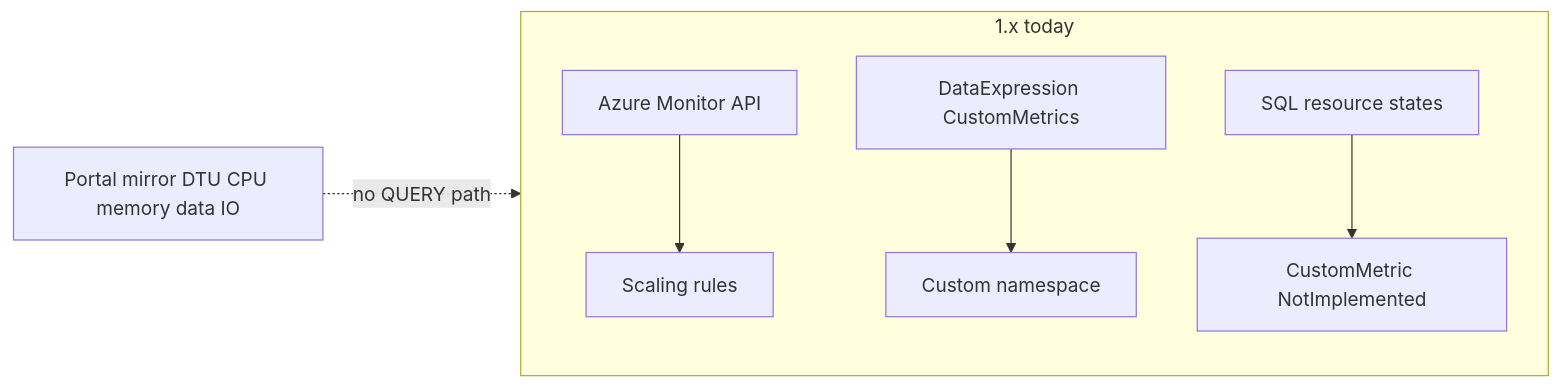
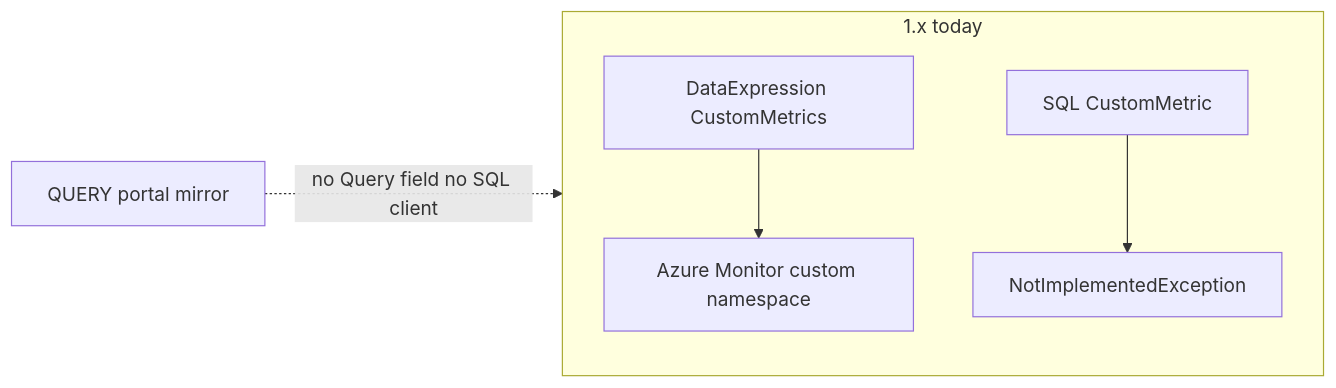
One commit to david-garcia-garcia/azureautoscaler changed the diagram in devstate/2026/09/2026-09-15-sql-query-synthetic-metrics/card.md. Above: the diagram before and after it, drawn with Mermaid. The commit also changed other lines of this file and 2 other files, not shown here.

````diff
--- a/devstate/2026/09/2026-09-15-sql-query-synthetic-metrics/card.md
+++ b/devstate/2026/09/2026-09-15-sql-query-synthetic-metrics/card.md
@@ -22,12 +20,10 @@
 ```mermaid
 flowchart LR
   subgraph destBranch ["1.x today"]
-    AM[Azure Monitor API]
     CE[DataExpression CustomMetrics]
-    SQL[SQL resource states]
-    AM --> Rules[Scaling rules]
-    CE --> Portal[Custom namespace]
-    SQL --> Stub[CustomMetric NotImplemented]
+    SQL[SQL CustomMetric]
+    CE --> Portal[Azure Monitor custom namespace]
+    SQL --> Throw[NotImplementedException]
   end
-  Ticket[Portal mirror DTU CPU memory data IO] -.->|no QUERY path| destBranch
+  Ticket[QUERY portal mirror] -.->|no Query field no SQL client| destBranch
 ```
````
